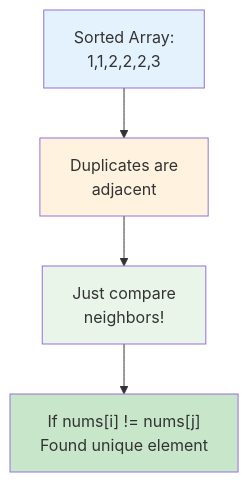
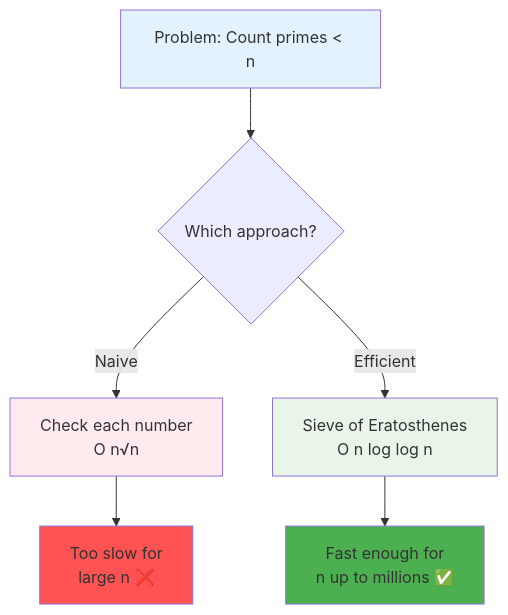
The second of 13 diagrams in README.md (LuckyLongre123/README_RUNNER), drawn with Mermaid before and after one commit. The commit also changed other lines of this file, not shown here.

````diff
--- a/README.md
+++ b/README.md
@@ -64,11 +58,15 @@
 ```mermaid
 flowchart TD
-    A["Sorted Array:<br/>1,1,2,2,2,3"] --> B["Duplicates are<br/>adjacent"]
-    B --> C["Just compare<br/>neighbors!"]
-    C --> D["If nums[i] != nums[j]<br/>Found unique element"]
+    A[Problem: Count primes < n] --> B{Which approach?}
+    B -->|Naive| C[Check each number<br/>O n√n]
+    B -->|Efficient| D[Sieve of Eratosthenes<br/>O n log log n]
+    
+    C --> E[Too slow for<br/>large n ❌]
+    D --> F[Fast enough for<br/>n up to millions ✅]
     
     style A fill:#e3f2fd
-    style B fill:#fff3e0
-    style C fill:#e8f5e8
-    style D fill:#c8e6c9
+    style C fill:#ffebee
+    style D fill:#e8f5e8
+    style E fill:#ff5252
+    style F fill:#4caf50
 ```
````
